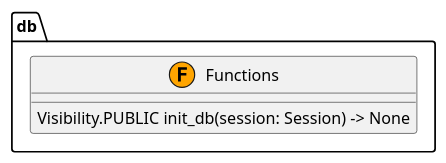
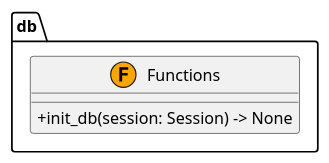
Before and after one commit to jswans33/my-full-stack-fastapi-template: the diagram in docs/source/_generated_uml/db.puml, drawn with PlantUML. The commit also changed 50 other files, not shown here.

Commit message:
Add configuration module for UML generator and update visibility in UML diagrams

```diff
--- a/docs/source/_generated_uml/db.puml
+++ b/docs/source/_generated_uml/db.puml
@@ -1,11 +1,11 @@
 @startuml
 skinparam classAttributeIconSize 0
 
 package "db" {
   class Functions <<(F,orange)>> {
-    Visibility.PUBLIC init_db(session: Session) -> None
+    +init_db(session: Session) -> None
   }
 }
 
 ' Relationships
 @enduml
```
